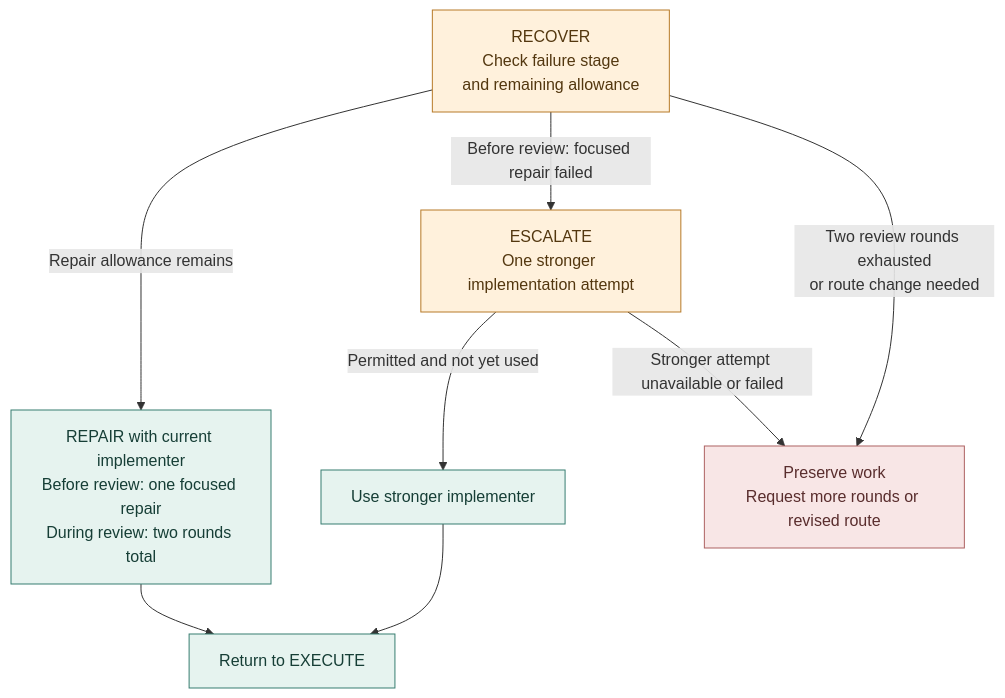
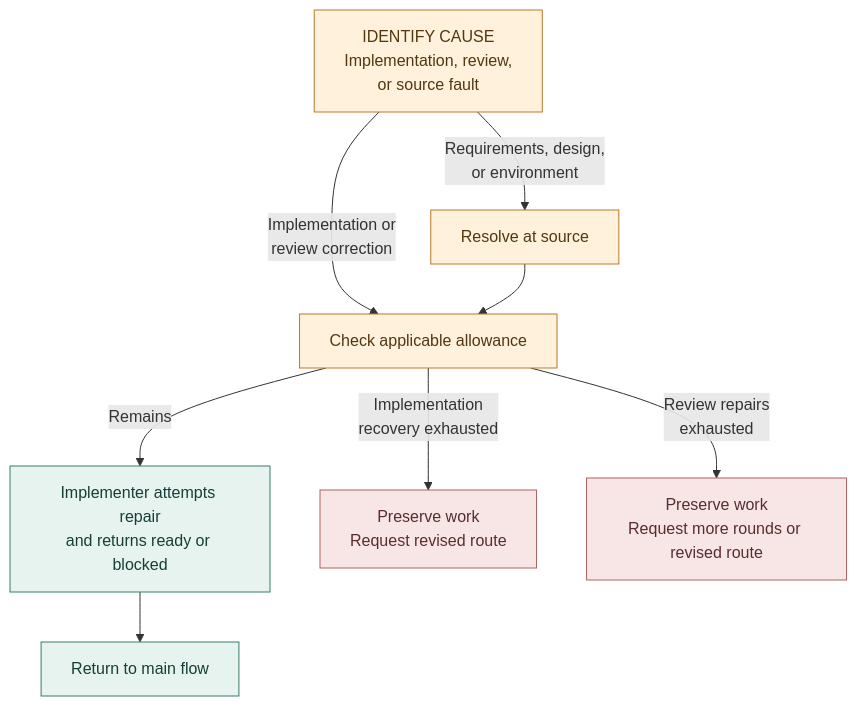
One commit to stevennitesh/programming-agent-skills changed the second of 2 diagrams in README.md. Above: the diagram before and after it, drawn with Mermaid. The commit also changed other lines of this file and 21 other files, not shown here.

````diff
--- a/README.md
+++ b/README.md
@@ -166,17 +177,17 @@
 ```mermaid
 flowchart TB
-    Recovery["RECOVER<br/>Check failure stage<br/>and remaining allowance"]
-    Recovery -->|Repair allowance remains|Repair["REPAIR with current implementer<br/>Before review: one focused repair<br/>During review: two rounds total"]
-    Recovery -->|Before review: focused repair failed|Escalate["ESCALATE<br/>One stronger implementation attempt"]
-    Escalate -->|Permitted and not yet used|Retry["Use stronger implementer"]
-    Escalate -->|Stronger attempt unavailable or failed|Pause["Preserve work<br/>Request more rounds or revised route"]
-    Recovery -->|Two review rounds exhausted<br/>or route change needed|Pause
+    Cause["IDENTIFY CAUSE<br/>Implementation, review,<br/>or source fault"]
+    Cause -->|Requirements, design,<br/>or environment|Source["Resolve at source"]
+    Cause -->|Implementation or<br/>review correction|Allowance["Check applicable allowance"]
+    Source --> Allowance
+    Allowance -->|Remains|Attempt["Implementer attempts repair<br/>and returns ready or blocked"]
+    Allowance -->|Implementation<br/>recovery exhausted|Reroute["Preserve work<br/>Request revised route"]
+    Allowance -->|Review repairs<br/>exhausted|Pause["Preserve work<br/>Request more rounds or revised route"]
+    Attempt --> Resume["Return to main flow"]
     classDef work fill:#e6f3ef,stroke:#377d70,color:#163e36
     classDef recovery fill:#fff1dc,stroke:#b77a28,color:#53370f
-    Repair --> Resume["Return to EXECUTE"]
-    Retry --> Resume
-    class Repair,Retry,Resume work
+    class Attempt,Resume work
     classDef pause fill:#f8e6e6,stroke:#ad6262,color:#592d2d
-    class Recovery,Escalate recovery
-    class Pause pause
+    class Cause,Source,Allowance recovery
+    class Reroute,Pause pause
 ```
````
